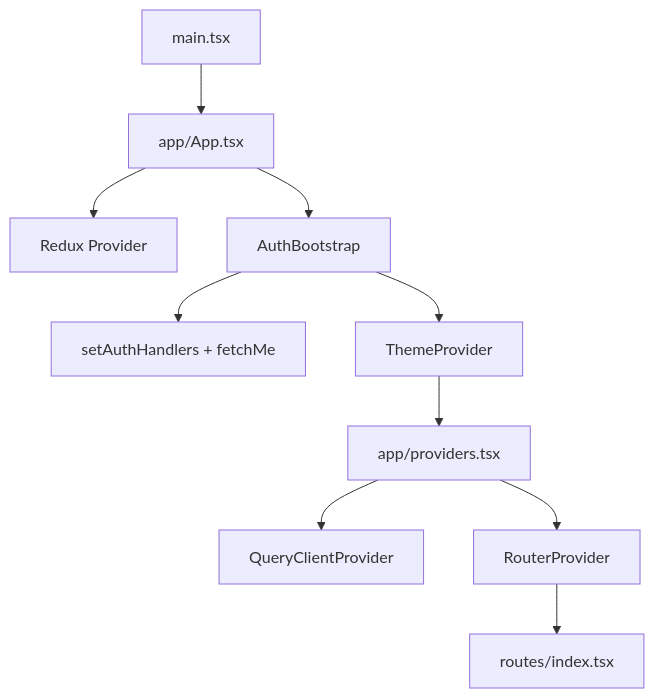
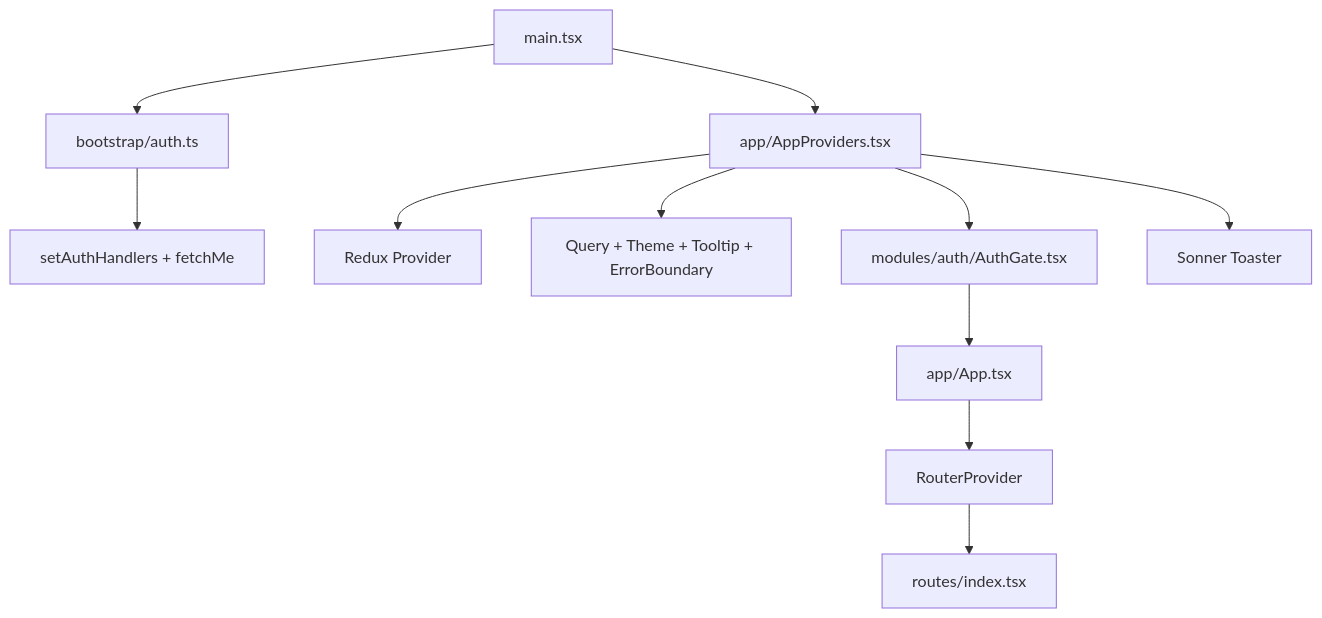
The first of 2 diagrams in SETUP_GUIDE.md (l0r3nc335/hris-fe-react), drawn with Mermaid before and after one commit. The commit also changed other lines of this file and 20 other files, not shown here.

First line of the commit message:
Refactor app bootstrap and provider composition for clearer enterprise shell.

````diff
--- a/SETUP_GUIDE.md
+++ b/SETUP_GUIDE.md
@@ -47,12 +49,13 @@
 ```mermaid
 flowchart TD
-  mainTsx[main.tsx] --> AppTsx[app/App.tsx]
-  AppTsx --> ReduxProvider[Redux Provider]
-  AppTsx --> AuthBootstrap[AuthBootstrap]
-  AuthBootstrap --> setHandlers[setAuthHandlers + fetchMe]
-  AuthBootstrap --> ThemeProvider[ThemeProvider]
-  ThemeProvider --> Providers[app/providers.tsx]
-  Providers --> QueryClient[QueryClientProvider]
-  Providers --> Router[RouterProvider]
+  mainTsx[main.tsx] --> bootstrapAuth[bootstrap/auth.ts]
+  bootstrapAuth --> setHandlers[setAuthHandlers + fetchMe]
+  mainTsx --> AppProviders[app/AppProviders.tsx]
+  AppProviders --> ReduxProvider[Redux Provider]
+  AppProviders --> CoreProviders[Query + Theme + Tooltip + ErrorBoundary]
+  AppProviders --> AuthGate[modules/auth/AuthGate.tsx]
+  AppProviders --> Toaster[Sonner Toaster]
+  AuthGate --> AppTsx[app/App.tsx]
+  AppTsx --> Router[RouterProvider]
   Router --> Routes[routes/index.tsx]
 ```
````
